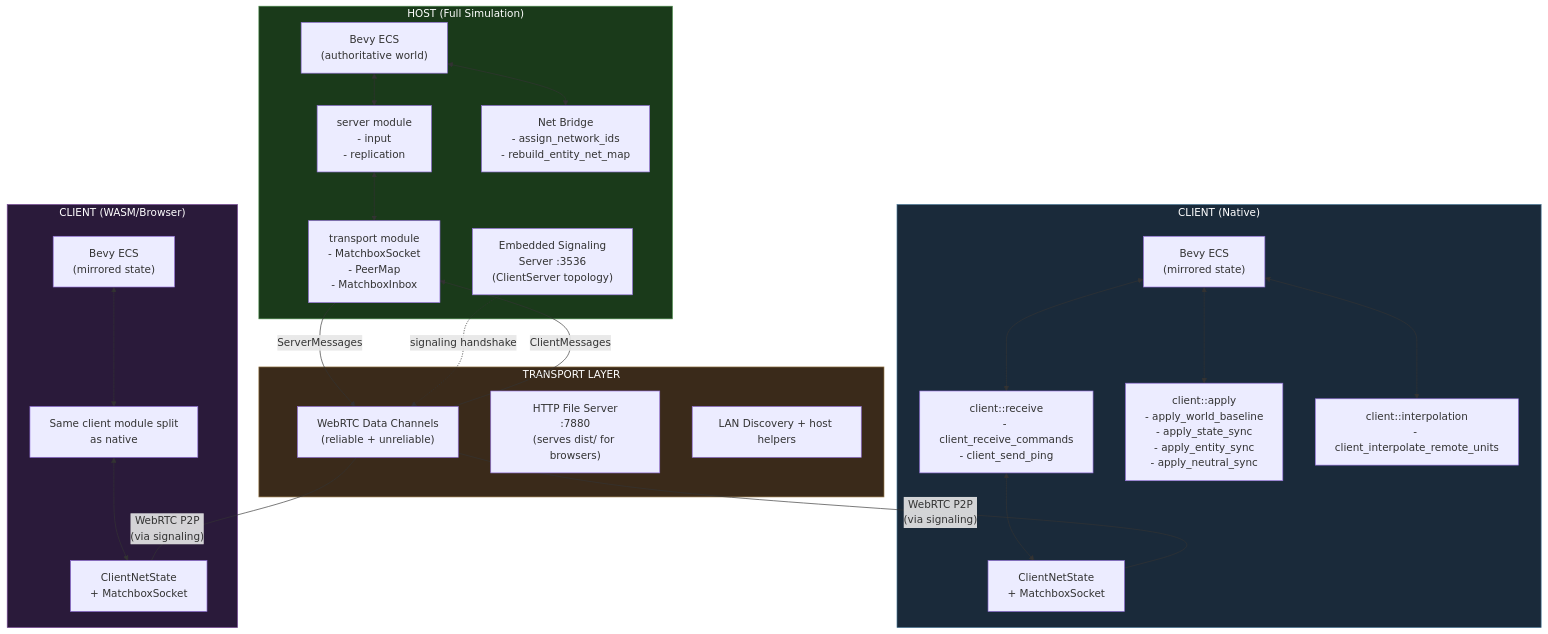
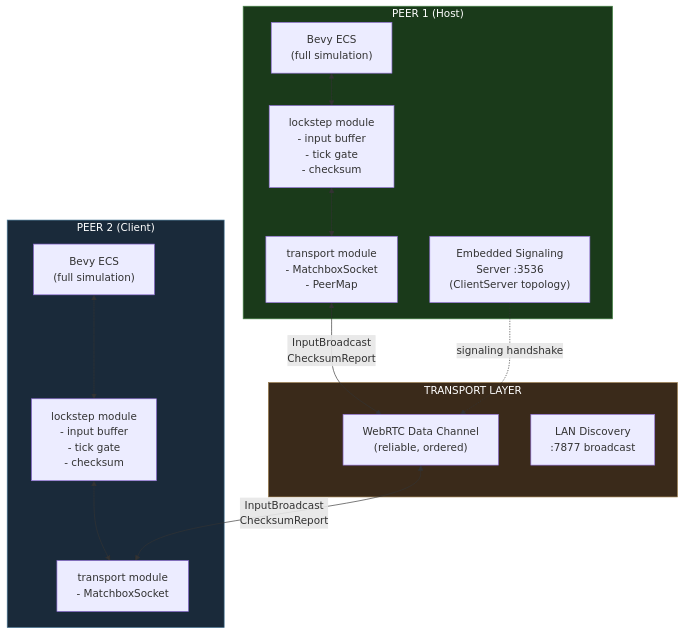
The first of 10 diagrams in docs/mul-arch.md (pashaydev/RTS), drawn with Mermaid before and after one commit. The commit also changed other lines of this file and 77 other files, not shown here.

````diff
--- a/docs/mul-arch.md
+++ b/docs/mul-arch.md
@@ -13,53 +14,35 @@
 ```mermaid
 flowchart TB
-    subgraph Host["HOST (Full Simulation)"]
-        ECS["Bevy ECS\n(authoritative world)"]
-        SRV["server module\n- input\n- replication"]
-        NB["Net Bridge\n- assign_network_ids\n- rebuild_entity_net_map"]
-        MBX["transport module\n- MatchboxSocket\n- PeerMap\n- MatchboxInbox"]
+    subgraph Peer1["PEER 1 (Host)"]
+        ECS1["Bevy ECS\n(full simulation)"]
+        LS1["lockstep module\n- input buffer\n- tick gate\n- checksum"]
+        MBX1["transport module\n- MatchboxSocket\n- PeerMap"]
         SIG["Embedded Signaling\nServer :3536\n(ClientServer topology)"]
 
-        ECS <--> SRV
-        ECS <--> NB
-        SRV <--> MBX
+        ECS1 <--> LS1
+        LS1 <--> MBX1
     end
 
     subgraph Transport["TRANSPORT LAYER"]
-        WEBRTC["WebRTC Data Channels\n(reliable + unreliable)"]
-        HTTP["HTTP File Server\n:7880\n(serves dist/ for browsers)"]
-        LAN["LAN Discovery + host helpers\n"]
+        WEBRTC["WebRTC Data Channel\n(reliable, ordered)"]
+        LAN["LAN Discovery\n:7877 broadcast"]
     end
 
-    subgraph Client1["CLIENT (Native)"]
-        CECS1["Bevy ECS\n(mirrored state)"]
-        CR1["client::receive\n- client_receive_commands\n- client_send_ping"]
-        CA1["client::apply\n- apply_world_baseline\n- apply_state_sync\n- apply_entity_sync\n- apply_neutral_sync"]
-        CI1["client::interpolation\n- client_interpolate_remote_units"]
-        CNS1["ClientNetState\n+ MatchboxSocket"]
-        CECS1 <--> CR1
-        CECS1 <--> CA1
-        CECS1 <--> CI1
-        CR1 <--> CNS1
+    subgraph Peer2["PEER 2 (Client)"]
+        ECS2["Bevy ECS\n(full simulation)"]
+        LS2["lockstep module\n- input buffer\n- tick gate\n- checksum"]
+        MBX2["transport module\n- MatchboxSocket"]
+
+        ECS2 <--> LS2
+        LS2 <--> MBX2
     end
 
-    subgraph Client2["CLIENT (WASM/Browser)"]
-        CECS2["Bevy ECS\n(mirrored state)"]
-        CS2["Same client module split\nas native"]
-        CNS2["ClientNetState\n+ MatchboxSocket"]
-        CECS2 <--> CS2
-        CS2 <--> CNS2
-    end
-
-    MBX -->|ServerMessages| WEBRTC
-    WEBRTC -->|ClientMessages| MBX
-
-    WEBRTC ---|"WebRTC P2P\n(via signaling)"| CNS1
-    WEBRTC ---|"WebRTC P2P\n(via signaling)"| CNS2
+    MBX1 <-->|"InputBroadcast\nChecksumReport"| WEBRTC
+    WEBRTC <-->|"InputBroadcast\nChecksumReport"| MBX2
 
     SIG -.->|"signaling handshake"| WEBRTC
 
-    style Host fill:#1a3a1a,stroke:#4a8a4a,color:#fff
-    style Client1 fill:#1a2a3a,stroke:#4a7a9a,color:#fff
-    style Client2 fill:#2a1a3a,stroke:#7a4a9a,color:#fff
+    style Peer1 fill:#1a3a1a,stroke:#4a8a4a,color:#fff
+    style Peer2 fill:#1a2a3a,stroke:#4a7a9a,color:#fff
     style Transport fill:#3a2a1a,stroke:#9a7a4a,color:#fff
 ```
````
